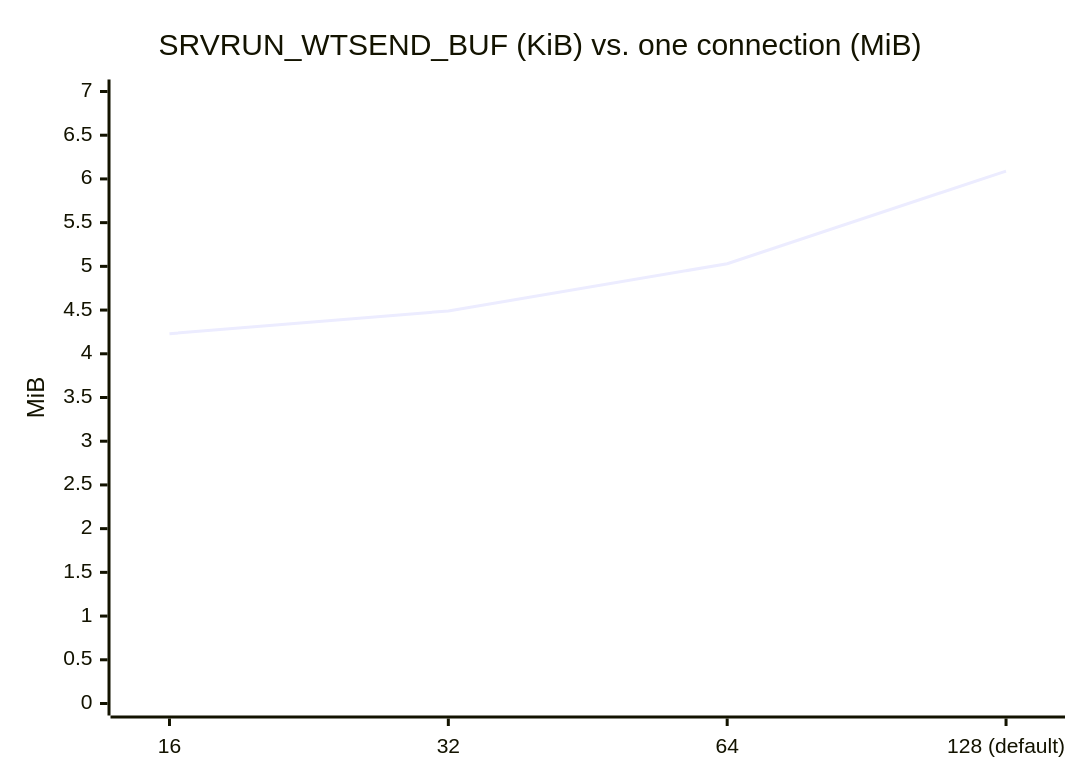
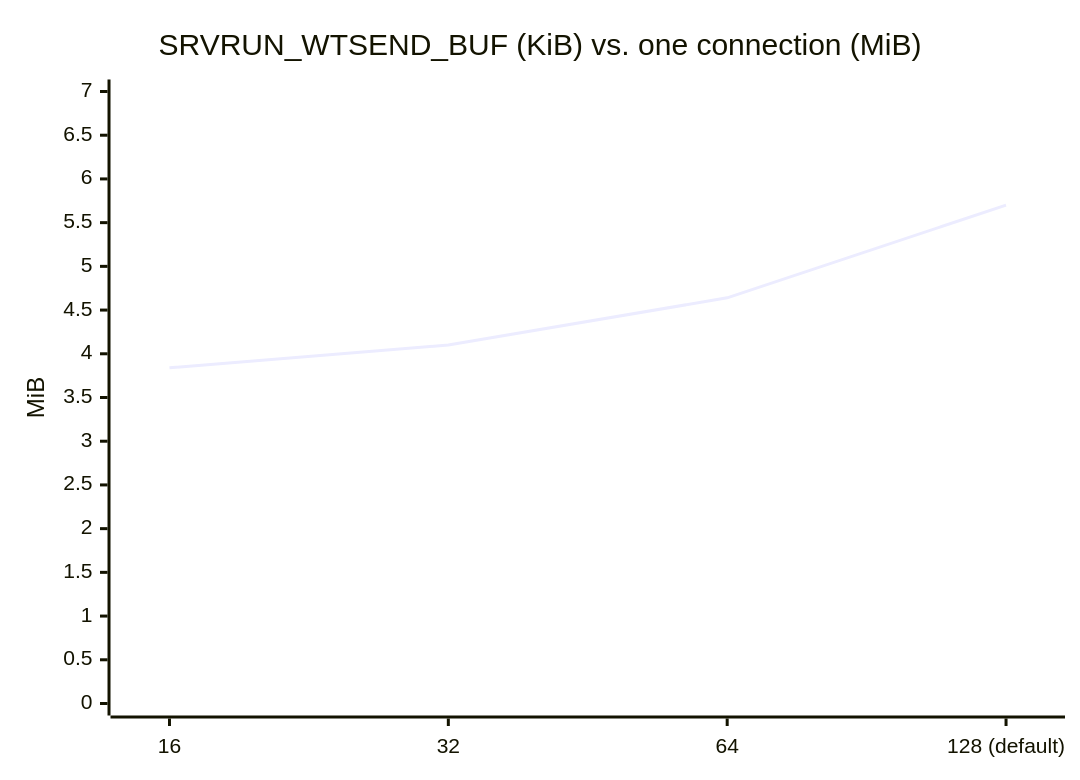
Before and after one commit to Hakkadaikon/wired: the third of 9 diagrams in docs/arch/memory.md, drawn with Mermaid. The commit also changed other lines of this file and 17 other files, not shown here.

````diff
--- a/docs/arch/memory.md
+++ b/docs/arch/memory.md
@@ -109,7 +115,7 @@
 ```mermaid
 xychart-beta
     title "SRVRUN_WTSEND_BUF (KiB) vs. one connection (MiB)"
     x-axis ["16", "32", "64", "128 (default)"]
     y-axis "MiB" 0 --> 7
-    line [4.23, 4.49, 5.03, 6.09]
+    line [3.84, 4.10, 4.64, 5.70]
 ```
````
